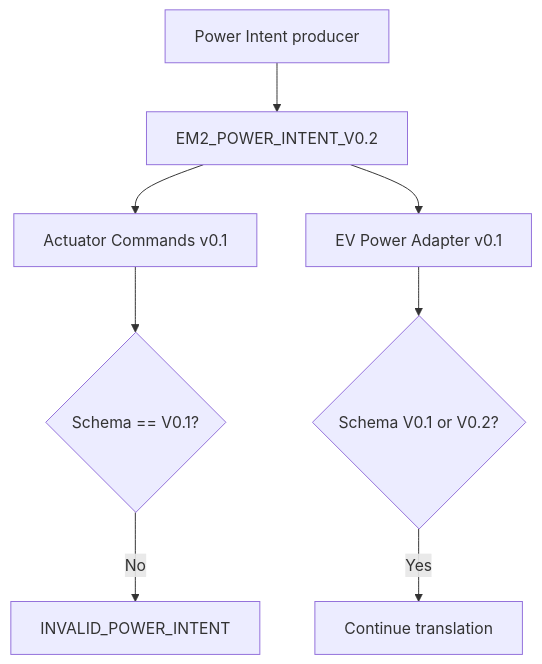
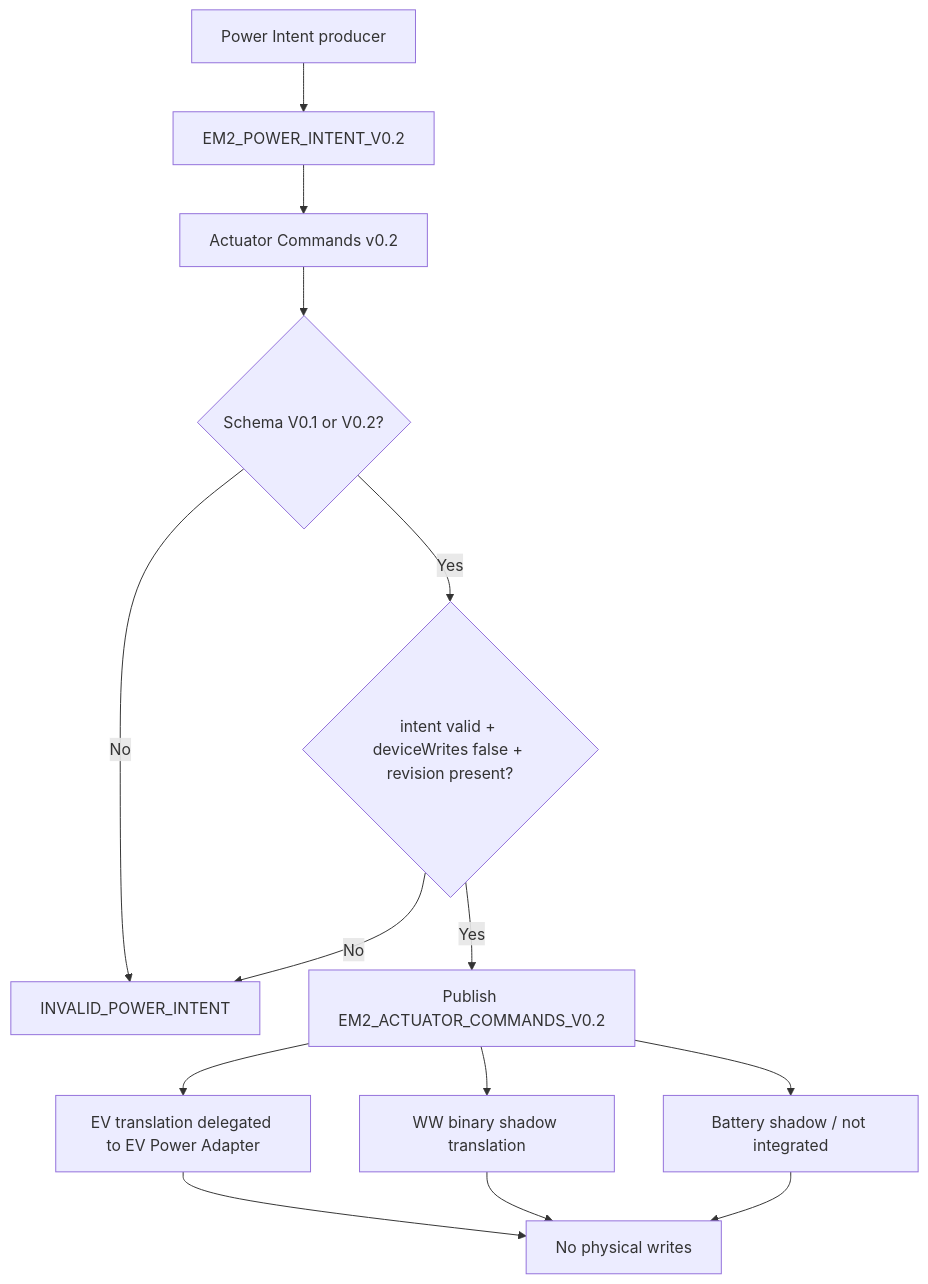
Before and after one commit to OnsKasteeltje/homey-energy-manual: the fifth of 6 diagrams in docs/software-architecture/flows/planner-power-intent-flow.md, drawn with Mermaid. The commit also changed other lines of this file, not shown here.

Commit message:
docs: update actuator command compatibility flow

````diff
--- a/docs/software-architecture/flows/planner-power-intent-flow.md
+++ b/docs/software-architecture/flows/planner-power-intent-flow.md
@@ -79,10 +79,16 @@
 ```mermaid
 flowchart TD
     A[Power Intent producer] --> B[EM2_POWER_INTENT_V0.2]
-    B --> C[Actuator Commands v0.1]
-    C --> D{Schema == V0.1?}
+    B --> C[Actuator Commands v0.2]
+    C --> D{Schema V0.1 or V0.2?}
     D -->|No| E[INVALID_POWER_INTENT]
-    B --> F[EV Power Adapter v0.1]
-    F --> G{Schema V0.1 or V0.2?}
-    G -->|Yes| H[Continue translation]
+    D -->|Yes| F{intent valid + deviceWrites false + revision present?}
+    F -->|No| E
+    F -->|Yes| G[Publish EM2_ACTUATOR_COMMANDS_V0.2]
+    G --> H[EV translation delegated to EV Power Adapter]
+    G --> I[WW binary shadow translation]
+    G --> J[Battery shadow / not integrated]
+    H --> K[No physical writes]
+    I --> K
+    J --> K
 ```
````
